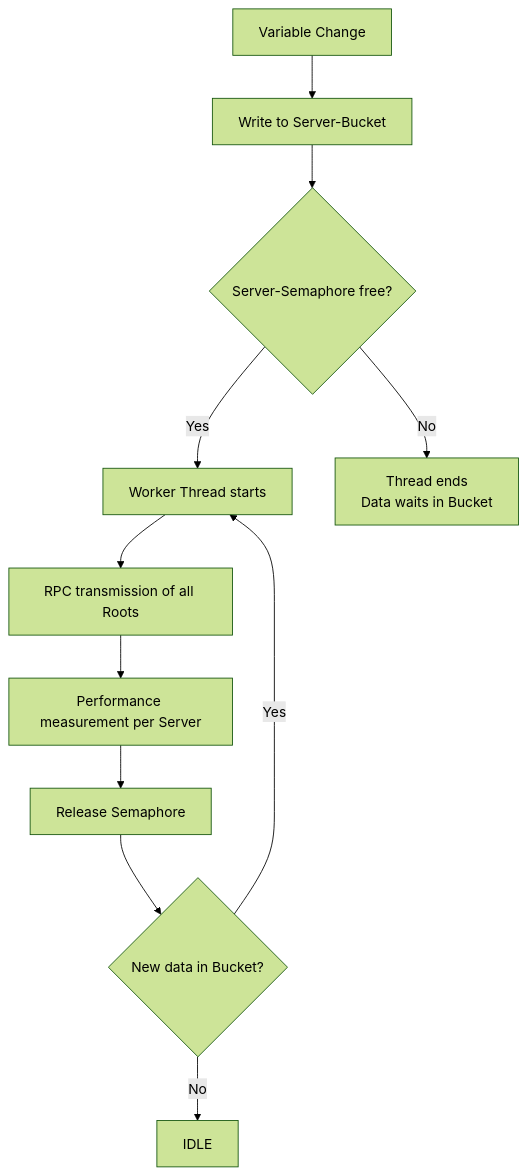
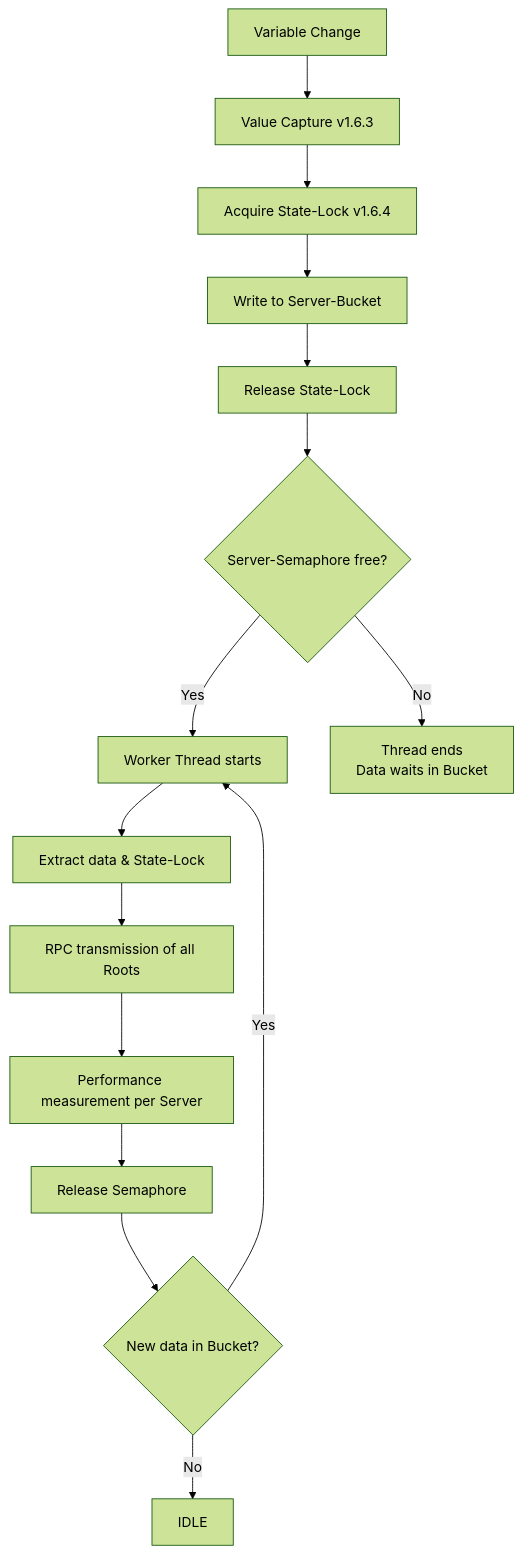
One commit to fisart/Symcon-RemoteMirror changed the fourth of 4 diagrams in README.md. Above: the diagram before and after it, drawn with Mermaid (forest theme). The commit also changed other lines of this file, not shown here.

````diff
--- a/README.md
+++ b/README.md
@@ -178,13 +194,17 @@
 ```mermaid
 graph TD
-    Start[Variable Change] --> Add[Write to Server-Bucket]
-    Add --> Lock{Server-Semaphore free?}
+    Start[Variable Change] --> Capture[Value Capture v1.6.3]
+    Capture --> SLock[Acquire State-Lock v1.6.4]
+    SLock --> Add[Write to Server-Bucket]
+    Add --> SUnlock[Release State-Lock]
+    SUnlock --> Lock{Server-Semaphore free?}
     Lock -->|Yes| Worker[Worker Thread starts]
     Lock -->|No| Exit[Thread ends<br/>Data waits in Bucket]
-    Worker --> RPC[RPC transmission of all Roots]
+    Worker --> Batch[Extract data & State-Lock]
+    Batch --> RPC[RPC transmission of all Roots]
     RPC --> Stats[Performance measurement per Server]
     Stats --> Unlock[Release Semaphore]
     Unlock --> Recheck{New data in Bucket?}
     Recheck -->|Yes| Worker
     Recheck -->|No| IDLE
 ```
````
